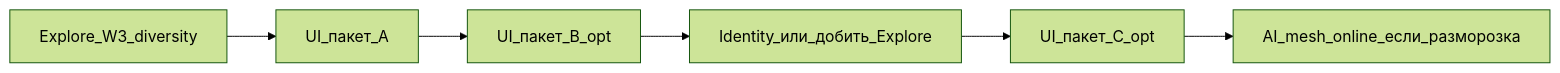
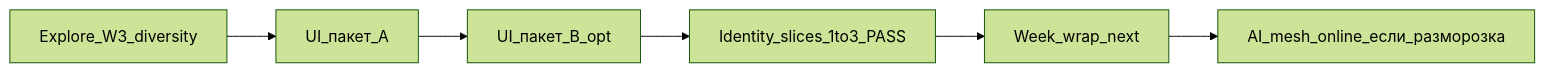
One commit to KolpakovDI/blender-wow-assets changed the first of 2 diagrams in docs/realm-of-spirits/WEEK-PLAN-2026-08-19.md. Above: the diagram before and after it, drawn with Mermaid (forest theme). The commit also changed other lines of this file and 64 other files, not shown here.

````diff
--- a/docs/realm-of-spirits/WEEK-PLAN-2026-08-19.md
+++ b/docs/realm-of-spirits/WEEK-PLAN-2026-08-19.md
@@ -154,8 +158,8 @@
 ```mermaid
 flowchart LR
   W3[Explore_W3_diversity] --> UIa[UI_пакет_A]
   UIa --> UIb[UI_пакет_B_opt]
-  UIb --> NextTrack[Identity_или_добить_Explore]
-  NextTrack --> UIc[UI_пакет_C_opt]
-  UIc --> AIunfreeze[AI_mesh_online_если_разморозка]
+  UIb --> NextTrack[Identity_slices_1to3_PASS]
+  NextTrack --> Wrap[Week_wrap_next]
+  Wrap --> AIunfreeze[AI_mesh_online_если_разморозка]
 ```
````
